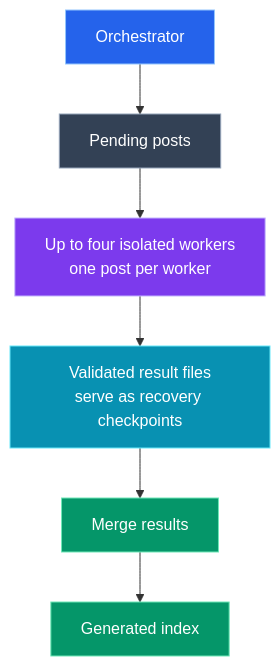
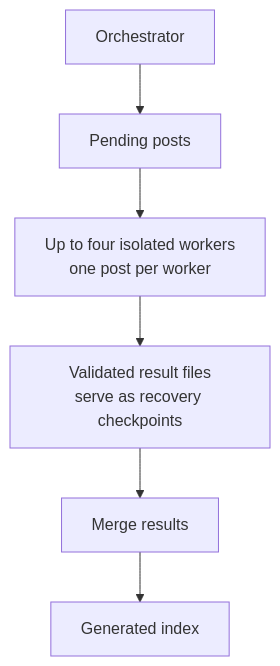
One commit to g-savitha/gsavitha.in changed the fifth of 7 diagrams in src/content/blog/blog-audio-player.md. Above: the diagram before and after it, drawn with Mermaid. The commit also changed other lines of this file and 6 other files, not shown here.

First line of the commit message:
Theme every Mermaid diagram from one shared palette

````diff
--- a/src/content/blog/blog-audio-player.md
+++ b/src/content/blog/blog-audio-player.md
@@ -327,14 +302,8 @@
 ```mermaid
 flowchart TD
     ORCH["Orchestrator"]:::primary --> QUEUE["Pending posts"]:::content
     QUEUE --> WORKERS["Up to four isolated workers\none post per worker"]:::accent
     WORKERS --> RESULTS["Validated result files\nserve as recovery checkpoints"]:::info
     RESULTS --> MERGE["Merge results"]:::success
     MERGE --> INDEX["Generated index"]:::success
-
-    classDef primary fill:#2563eb,stroke:#93c5fd,color:#ffffff
-    classDef accent fill:#7c3aed,stroke:#c4b5fd,color:#ffffff
-    classDef success fill:#059669,stroke:#6ee7b7,color:#ffffff
-    classDef info fill:#0891b2,stroke:#67e8f9,color:#ffffff
-    classDef content fill:#334155,stroke:#94a3b8,color:#ffffff
 ```
````
